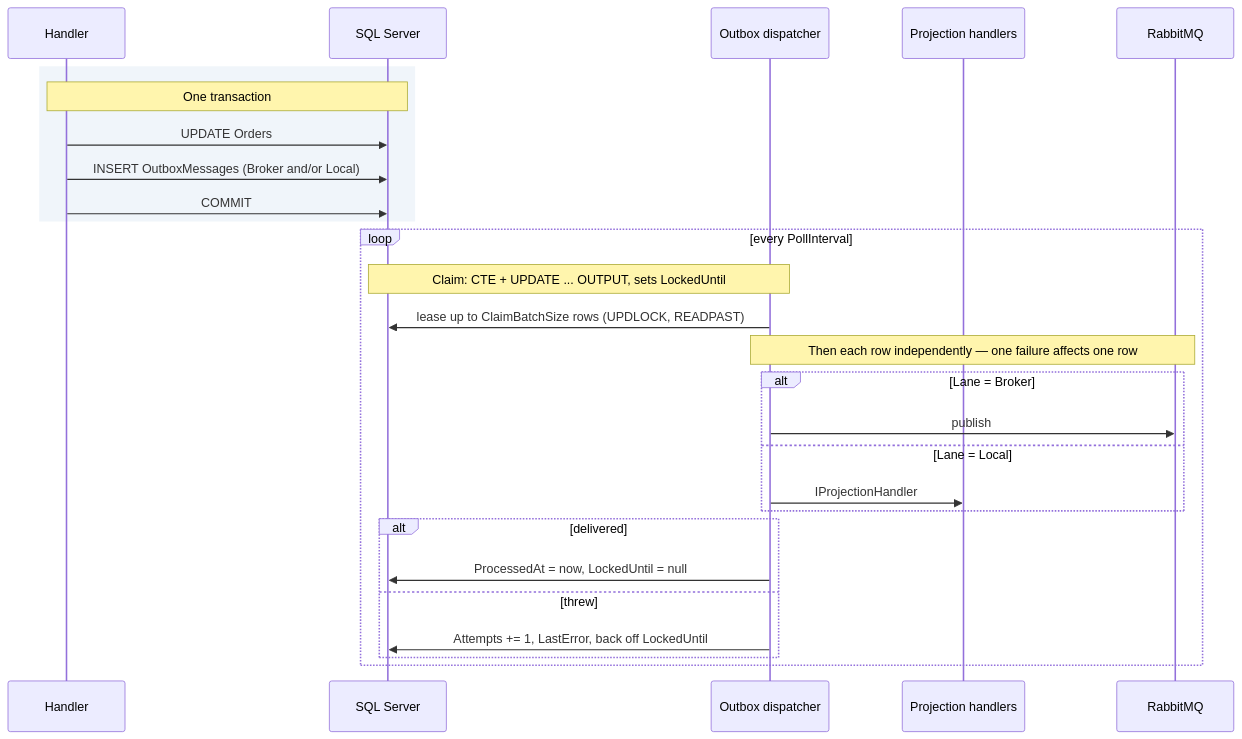
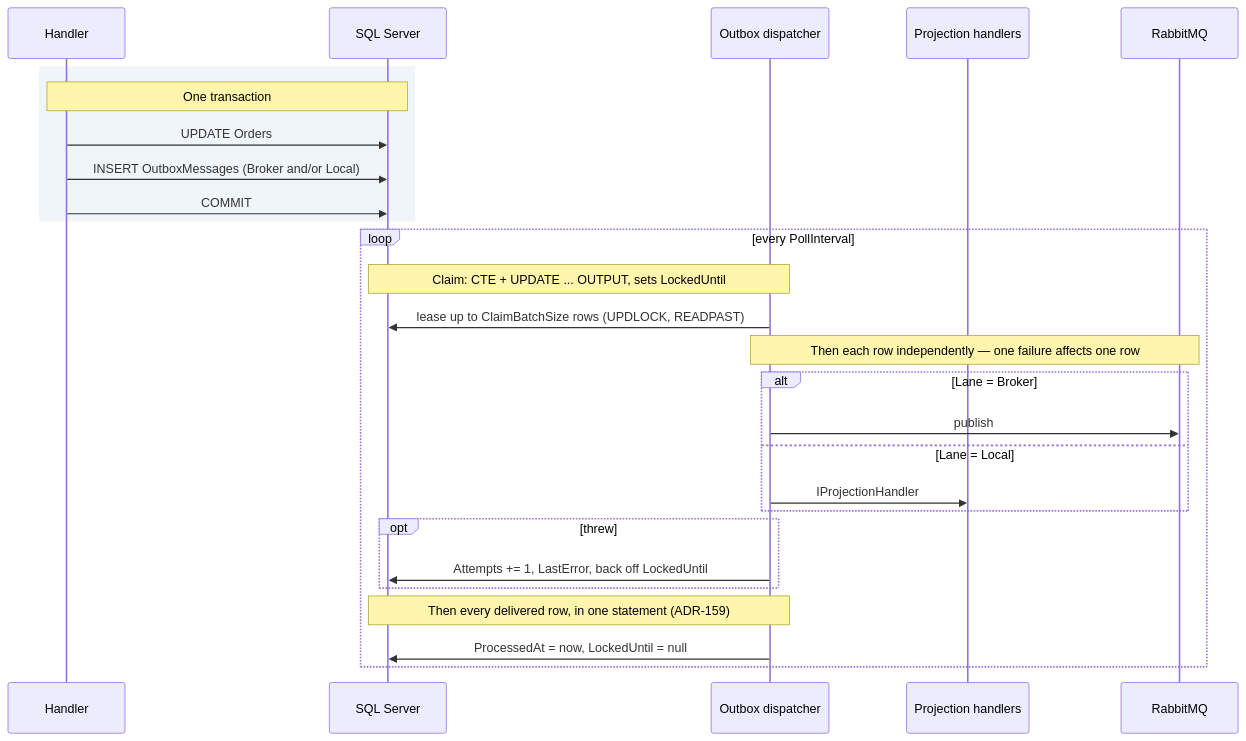
Before and after one commit to alexander-shamray/blueprint-backend: the first of 2 diagrams in docs/backend-architecture/09-messaging.md, drawn with Mermaid. The commit also changed other lines of this file and 3 other files, not shown here.

````diff
--- a/docs/backend-architecture/09-messaging.md
+++ b/docs/backend-architecture/09-messaging.md
@@ -440,33 +440,34 @@
 ```mermaid
 sequenceDiagram
     participant H as Handler
     participant DB as SQL Server
     participant D as Outbox dispatcher
     participant P as Projection handlers
     participant MQ as RabbitMQ
 
     rect rgb(240, 245, 250)
     Note over H,DB: One transaction
     H->>DB: UPDATE Orders
     H->>DB: INSERT OutboxMessages (Broker and/or Local)
     H->>DB: COMMIT
     end
 
     loop every PollInterval
         Note over D,DB: Claim: CTE + UPDATE ... OUTPUT, sets LockedUntil
         D->>DB: lease up to ClaimBatchSize rows (UPDLOCK, READPAST)
 
         Note over D,MQ: Then each row independently — one failure affects one row
         alt Lane = Broker
             D->>MQ: publish
         else Lane = Local
             D->>P: IProjectionHandler
         end
 
-        alt delivered
-            D->>DB: ProcessedAt = now, LockedUntil = null
-        else threw
+        opt threw
             D->>DB: Attempts += 1, LastError, back off LockedUntil
         end
+
+        Note over D,DB: Then every delivered row, in one statement (ADR-159)
+        D->>DB: ProcessedAt = now, LockedUntil = null
     end
 ```
````
